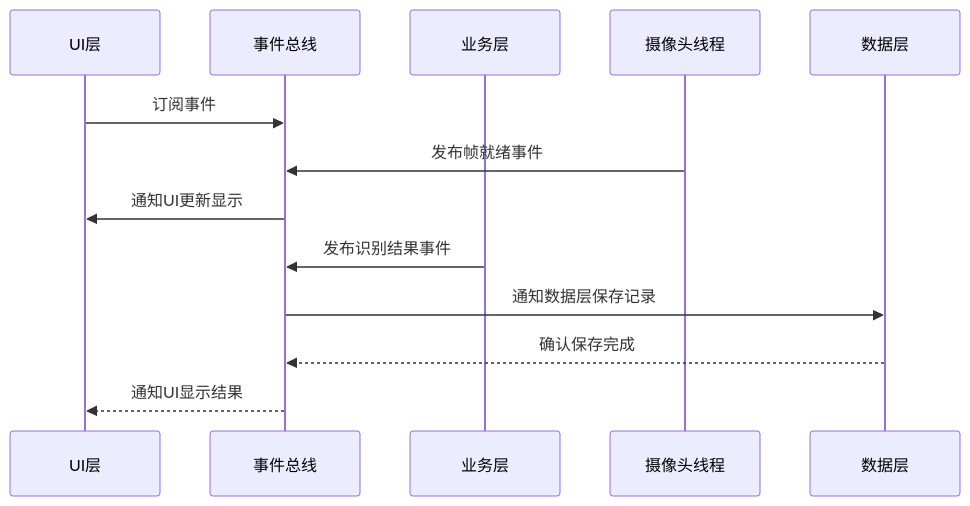
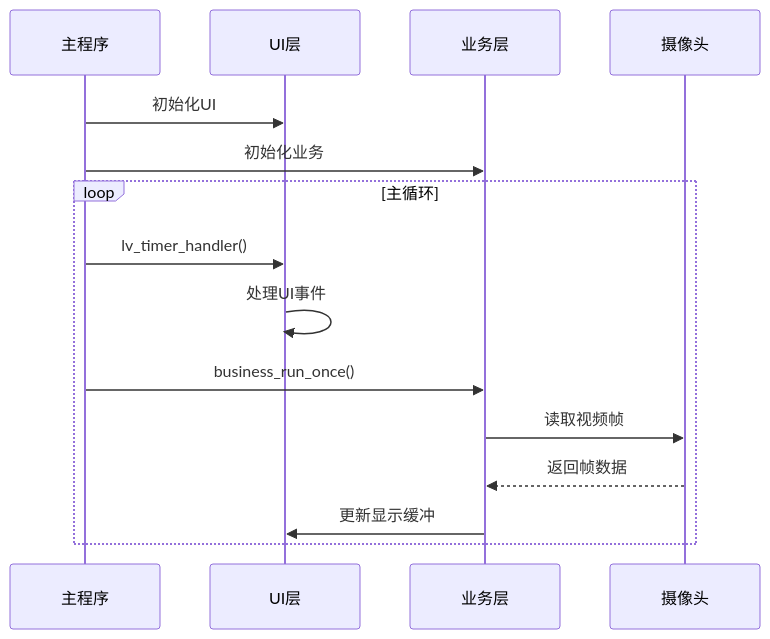
Before and after one commit to Drunk552/SmartAttendance: the second of 6 diagrams in .qoder/repowiki/zh/content/系统架构设计/系统架构设计.md, drawn with Mermaid. The commit also changed other lines of this file and 26 other files, not shown here.

````diff
--- a/.qoder/repowiki/zh/content/系统架构设计/系统架构设计.md
+++ b/.qoder/repowiki/zh/content/系统架构设计/系统架构设计.md
@@ -107,15 +91,17 @@
 ```mermaid
 sequenceDiagram
+participant Main as 主程序
 participant UI as UI层
-participant Bus as 事件总线
 participant Business as 业务层
-participant Camera as 摄像头线程
-participant Data as 数据层
-UI->>Bus : 订阅事件
-Camera->>Bus : 发布帧就绪事件
-Bus->>UI : 通知UI更新显示
-Business->>Bus : 发布识别结果事件
-Bus->>Data : 通知数据层保存记录
-Data-->>Bus : 确认保存完成
-Bus-->>UI : 通知UI显示结果
+participant Camera as 摄像头
+Main->>UI : 初始化UI
+Main->>Business : 初始化业务
+loop 主循环
+Main->>UI : lv_timer_handler()
+UI->>UI : 处理UI事件
+Main->>Business : business_run_once()
+Business->>Camera : 读取视频帧
+Camera-->>Business : 返回帧数据
+Business->>UI : 更新显示缓冲
+end
 ```
````
